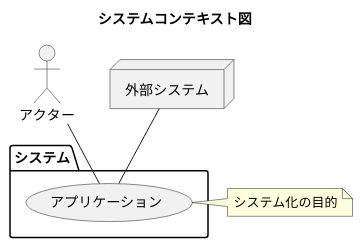
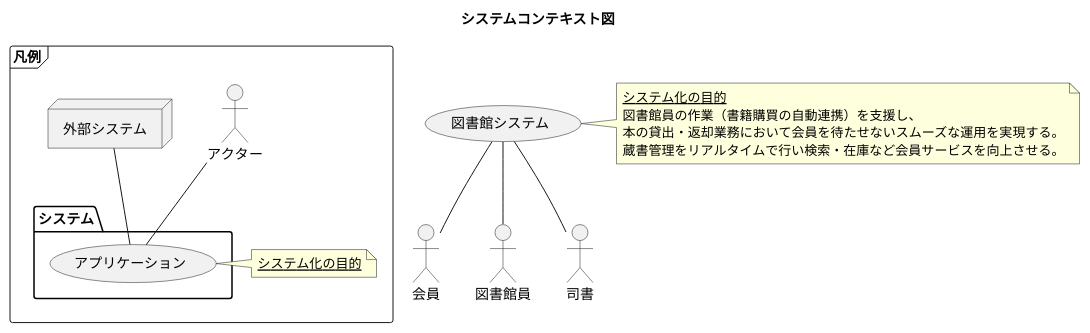
One commit to yamakenji/RDRA_PlantUML_Template changed the diagram in 1_SystemValue/SystemContextModel.puml. Above: the diagram before and after it, drawn with PlantUML. The commit also changed 1 other file, not shown here.

Commit message:
システムコンテキスト図にサンプルを追加

```diff
--- a/1_SystemValue/SystemContextModel.puml
+++ b/1_SystemValue/SystemContextModel.puml
@@ -1,24 +1,43 @@
 @startuml
 
 title システムコンテキスト図
 
-' アクター
-actor "アクター" as Actor1
+frame 凡例 {
+  ' アクター
+  actor "アクター" as Actor1
 
-' 外部システム
-node 外部システム as ExternalSystem
+  ' 外部システム
+  node 外部システム as ExternalSystem
 
-' システム
-package システム {
-  usecase "アプリケーション" as App1
+  ' システム
+  package システム {
+    usecase "アプリケーション" as App1
 
+  }
+
+  Actor1 -- App1
+  ExternalSystem -- App1
+
+  note right of App1
+    <u>システム化の目的</u>
+  end note
 }
 
-Actor1 -- App1
-ExternalSystem -- App1
+actor "会員" as Member
+actor "図書館員" as Staff
+actor "司書" as Librarian
 
-note right of App1
-  システム化の目的
+usecase "図書館システム" as LibraryManagementSystem
+
+LibraryManagementSystem -- Member
+LibraryManagementSystem -- Staff
+LibraryManagementSystem -- Librarian
+
+note right of LibraryManagementSystem
+<u>システム化の目的</u>
+図書館員の作業（書籍購買の自動連携）を支援し、
+本の貸出・返却業務において会員を待たせないスムーズな運用を実現する。
+蔵書管理をリアルタイムで行い検索・在庫など会員サービスを向上させる。
 end note
 
 @enduml
```
